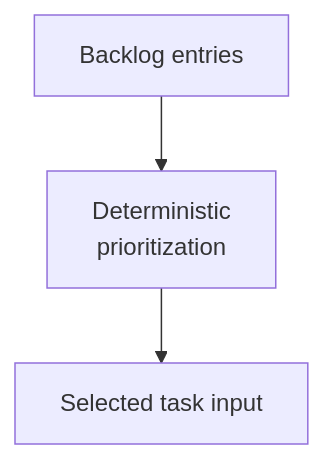
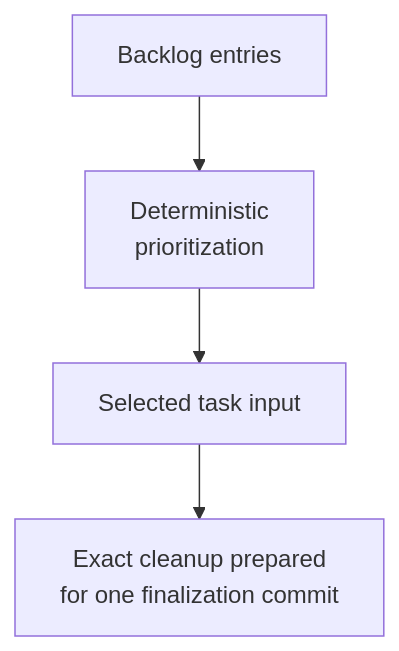
The diagram in skills/managing-backlog/as-is.md (abstract-business-systems/as-is), drawn with Mermaid before and after one commit. The commit also changed other lines of this file and 9 other files, not shown here.

````diff
--- a/skills/managing-backlog/as-is.md
+++ b/skills/managing-backlog/as-is.md
@@ -19,5 +19,6 @@
 ```mermaid
 flowchart TD
     A["Backlog entries"] --> B["Deterministic<br/>prioritization"]
     B --> C["Selected task input"]
+    C --> D["Exact cleanup prepared<br/>for one finalization commit"]
 ```
````
